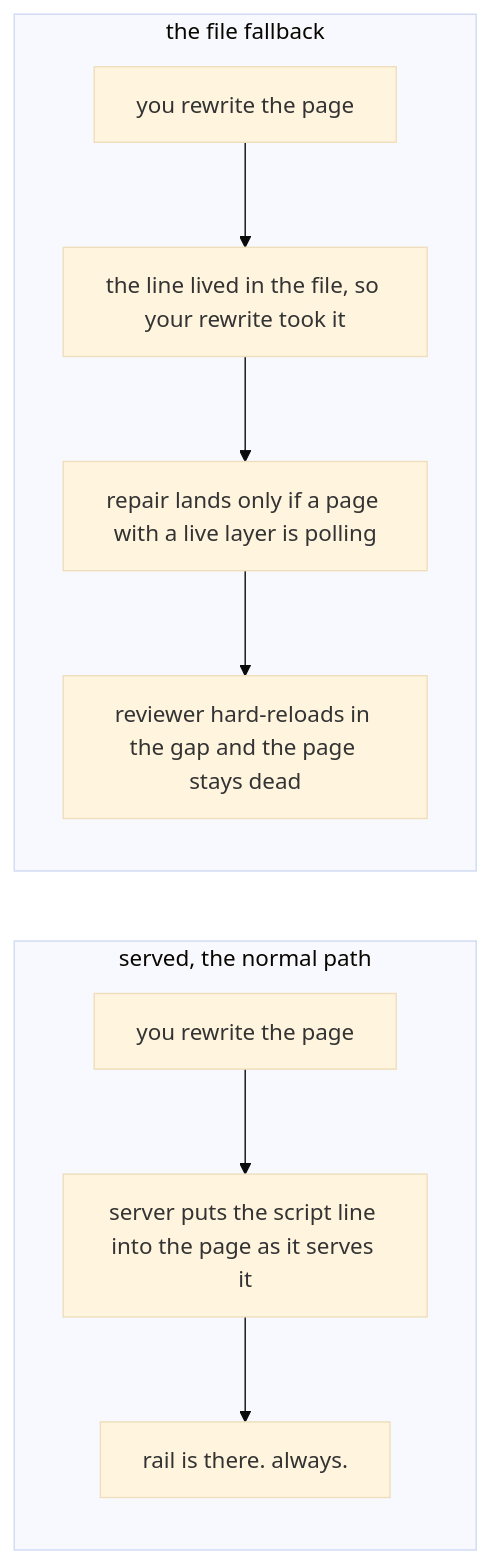
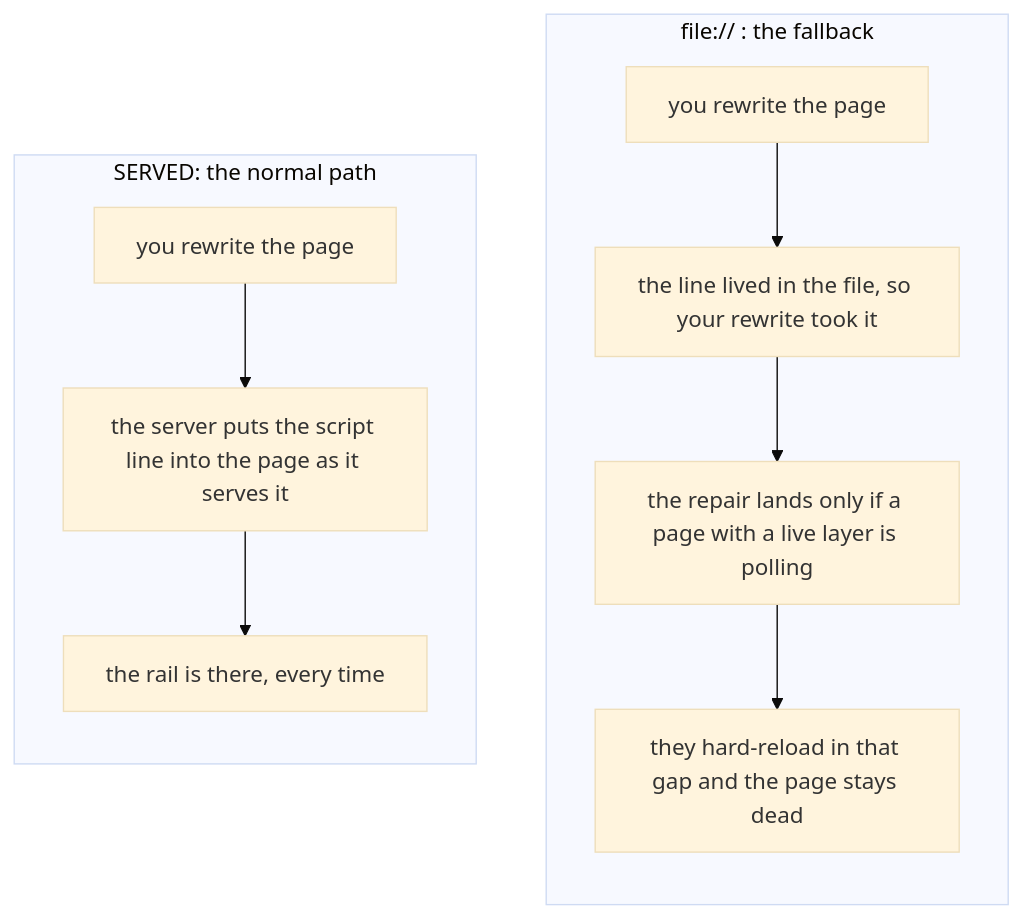
The second of 2 diagrams in skills/lahe/SKILL.md (kenxle/live-agentic-html-editor), drawn with Mermaid (base theme) before and after one commit.

Commit message:
Lay the served and fallback paths side by side so the diagram reads as a comparison

````diff
--- a/skills/lahe/SKILL.md
+++ b/skills/lahe/SKILL.md
@@ -84,12 +84,15 @@
 ```mermaid
 flowchart LR
-    subgraph served["served, the normal path"]
-        S1["you rewrite the page"] --> S2["server puts the script line into the page as it serves it"]
-        S2 --> S3["rail is there. always."]
+    subgraph served["SERVED: the normal path"]
+        direction TB
+        S1["you rewrite the page"] --> S2["the server puts the script line into the page as it serves it"]
+        S2 --> S3["the rail is there, every time"]
     end
-    subgraph disk["the file fallback"]
+    subgraph disk["file:// : the fallback"]
+        direction TB
         F1["you rewrite the page"] --> F2["the line lived in the file, so your rewrite took it"]
-        F2 --> F3["repair lands only if a page with a live layer is polling"]
-        F3 --> F4["reviewer hard-reloads in the gap and the page stays dead"]
+        F2 --> F3["the repair lands only if a page with a live layer is polling"]
+        F3 --> F4["they hard-reload in that gap and the page stays dead"]
     end
+    served ~~~ disk
 ```
````
